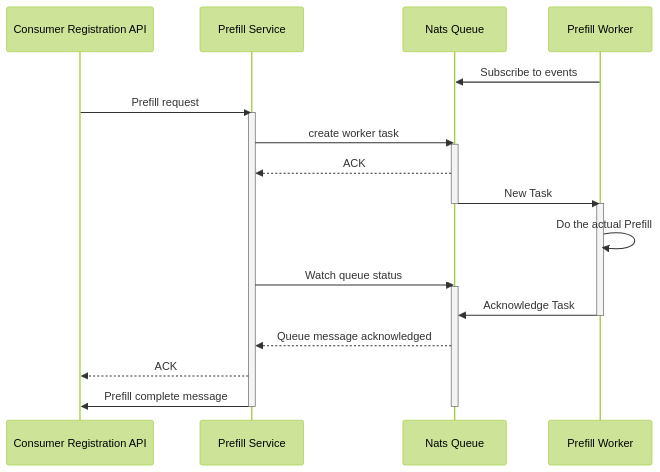
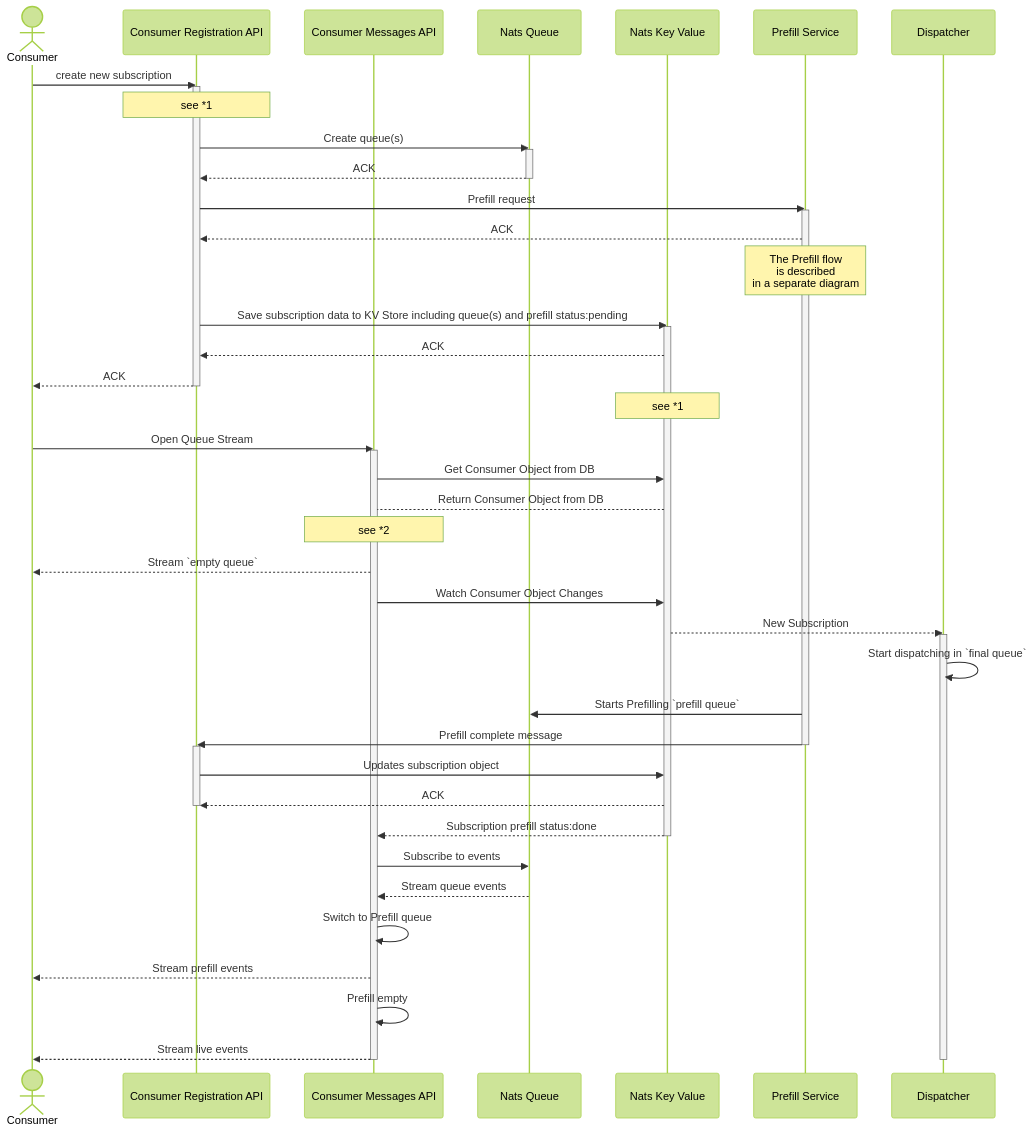
Before and after one commit to univention/provisioning-api: the second of 4 diagrams in docs/prefill/prefill-architecture.md, drawn with Mermaid (forest theme). The commit also changed other lines of this file, not shown here.

Commit message:
docs: updated prefill documentation after architecture discussion

````diff
--- a/docs/prefill/prefill-architecture.md
+++ b/docs/prefill/prefill-architecture.md
@@ -57,27 +43,56 @@
 ```mermaid
 sequenceDiagram
+    actor Consumer
     participant ConsumerRegAPI as Consumer Registration API
+    participant ConsumerMessagesAPI as Consumer Messages API
+    participant NatsQ as Nats Queue
+    participant NatsKV as Nats Key Value
     participant PrefillService as Prefill Service
-    participant NatsQ as Nats Queue
-    participant PrefillWorker as Prefill Worker
+    participant Dispatcher
 
-    PrefillWorker->>NatsQ: Subscribe to events
+
+    Consumer->>ConsumerRegAPI: create new subscription
+    activate ConsumerRegAPI
+    Note over ConsumerRegAPI: see *1
+    ConsumerRegAPI->>NatsQ: Create queue(s)
+    activate NatsQ
+    NatsQ-->>ConsumerRegAPI: ACK
+    deactivate NatsQ
     ConsumerRegAPI->>PrefillService: Prefill request
     activate PrefillService
-    PrefillService->>NatsQ: create worker task
-    activate NatsQ
-    NatsQ-->>PrefillService: ACK
-    NatsQ->>PrefillWorker: New Task
-    activate PrefillWorker
-    deactivate NatsQ
-    PrefillWorker->>PrefillWorker: Do the actual Prefill
-    PrefillService->>NatsQ: Watch queue status
-    activate NatsQ
-    PrefillWorker->>NatsQ: Acknowledge Task
-    deactivate PrefillWorker
-    NatsQ-->>PrefillService: Queue message acknowledged
     PrefillService-->>ConsumerRegAPI: ACK
+    Note over PrefillService: The Prefill flow<br/>is described<br/> in a separate diagram
+    ConsumerRegAPI->>NatsKV: Save subscription data to KV Store including queue(s) and prefill status:pending
+    activate NatsKV
+    NatsKV-->>ConsumerRegAPI: ACK
+    ConsumerRegAPI-->>Consumer: ACK
+    deactivate ConsumerRegAPI
+    Note over NatsKV: see *1
+    Consumer->>ConsumerMessagesAPI: Open Queue Stream
+    activate ConsumerMessagesAPI
+    ConsumerMessagesAPI->>NatsKV: Get Consumer Object from DB
+    NatsKV-->ConsumerMessagesAPI: Return Consumer Object from DB
+    Note over ConsumerMessagesAPI: see *2
+    ConsumerMessagesAPI-->>Consumer: Stream `empty queue`
+    ConsumerMessagesAPI->>NatsKV: Watch Consumer Object Changes
+    NatsKV-->>Dispatcher: New Subscription
+    activate Dispatcher
+    Dispatcher->>Dispatcher: Start dispatching in `final queue`
+    PrefillService->>NatsQ: Starts Prefilling `prefill queue`
     PrefillService->>ConsumerRegAPI: Prefill complete message
-    deactivate NatsQ
     deactivate PrefillService
+    activate ConsumerRegAPI
+    ConsumerRegAPI->>NatsKV: Updates subscription object
+    NatsKV-->>ConsumerRegAPI: ACK
+    deactivate ConsumerRegAPI
+    NatsKV-->>ConsumerMessagesAPI: Subscription prefill status:done
+    deactivate NatsKV
+    ConsumerMessagesAPI->>NatsQ: Subscribe to events
+    NatsQ-->>ConsumerMessagesAPI: Stream queue events
+    ConsumerMessagesAPI->>ConsumerMessagesAPI: Switch to Prefill queue
+    ConsumerMessagesAPI-->>Consumer: Stream prefill events
+    ConsumerMessagesAPI->>ConsumerMessagesAPI: Prefill empty
+    ConsumerMessagesAPI-->>Consumer: Stream live events
+    deactivate Dispatcher
+    deactivate ConsumerMessagesAPI
 ```
````
